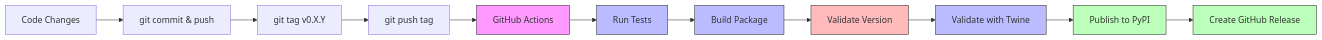
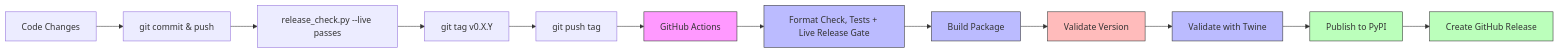
One commit to GAIK-project/gaik-toolkit changed the diagram in guidance_layer/CONTRIBUTING.md. Above: the diagram before and after it, drawn with Mermaid. The commit also changed other lines of this file and 30 other files, not shown here.

````diff
--- a/guidance_layer/CONTRIBUTING.md
+++ b/guidance_layer/CONTRIBUTING.md
@@ -165,21 +174,22 @@
 ```mermaid
 flowchart LR
     A[Code Changes] --> B[git commit & push]
-    B --> C[git tag v0.X.Y]
+    B --> R[release_check.py --live passes]
+    R --> C[git tag v0.X.Y]
     C --> D[git push tag]
     D --> E[GitHub Actions]
-    E --> F[Run Tests]
+    E --> F[Format Check, Tests + Live Release Gate]
     F --> G[Build Package]
     G --> H[Validate Version]
     H --> I[Validate with Twine]
     I --> J[Publish to PyPI]
     J --> K[Create GitHub Release]
 
     style E fill:#f9f,stroke:#333
     style F fill:#bbf,stroke:#333
     style G fill:#bbf,stroke:#333
     style H fill:#fbb,stroke:#333
     style I fill:#bbf,stroke:#333
     style J fill:#bfb,stroke:#333
     style K fill:#bfb,stroke:#333
 ```
````
